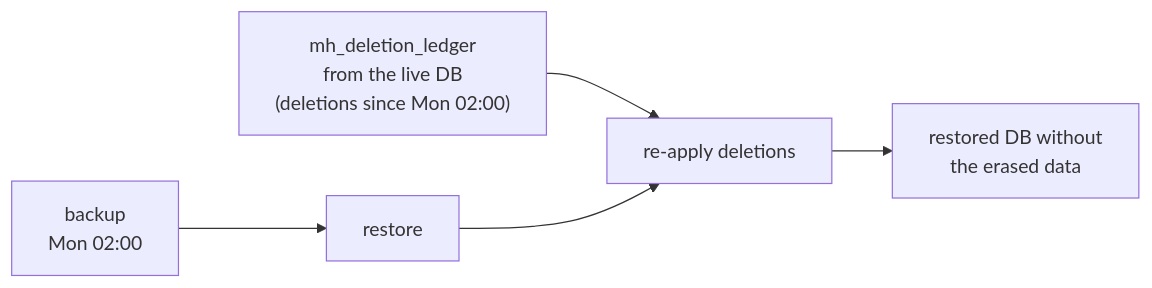
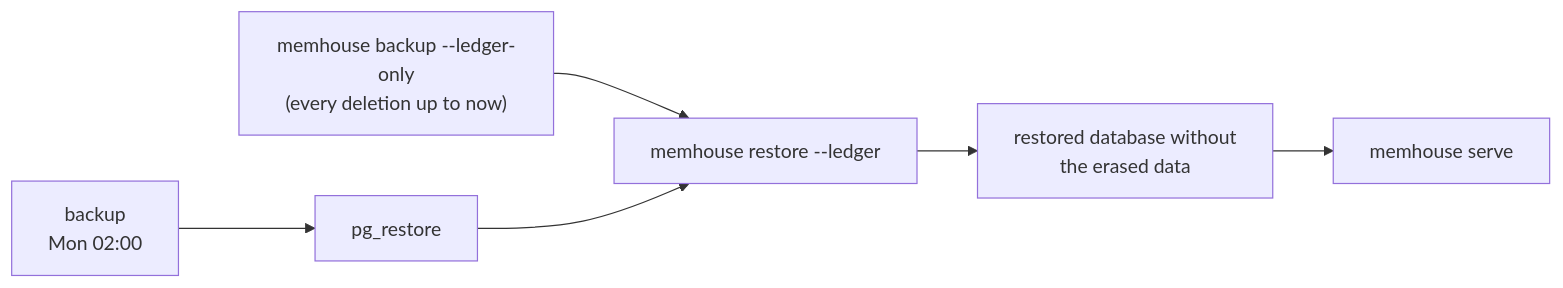
Before and after one commit to memhousehq/memhouse: the fourth of 4 diagrams in docs/operations.md, drawn with Mermaid. The commit also changed other lines of this file and 61 other files, not shown here.

````diff
--- a/docs/operations.md
+++ b/docs/operations.md
@@ -481,6 +487,6 @@
 ```mermaid
 flowchart LR
-    B[backup<br/>Mon 02:00] --> R[restore]
-    L["mh_deletion_ledger<br/>from the live DB<br/>(deletions since Mon 02:00)"] --> X[re-apply deletions]
-    R --> X --> OK[restored DB without<br/>the erased data]
+    B[backup<br/>Mon 02:00] --> R[pg_restore]
+    L["memhouse backup --ledger-only<br/>(every deletion up to now)"] --> X["memhouse restore --ledger"]
+    R --> X --> OK[restored database without<br/>the erased data] --> S[memhouse serve]
 ```
````
